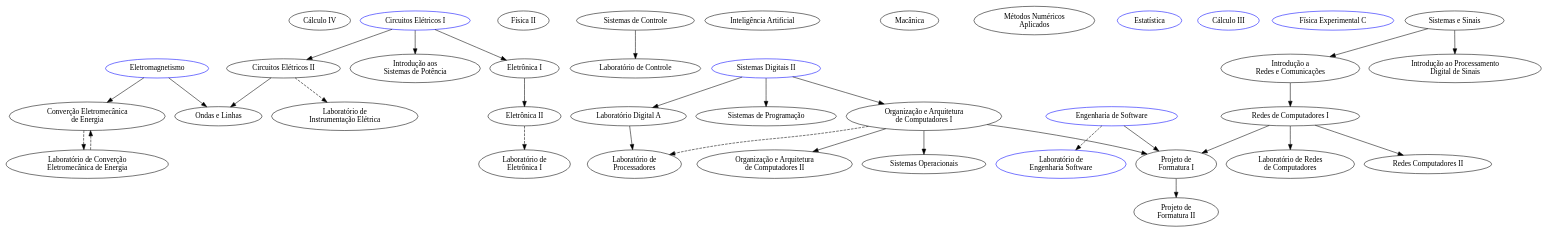
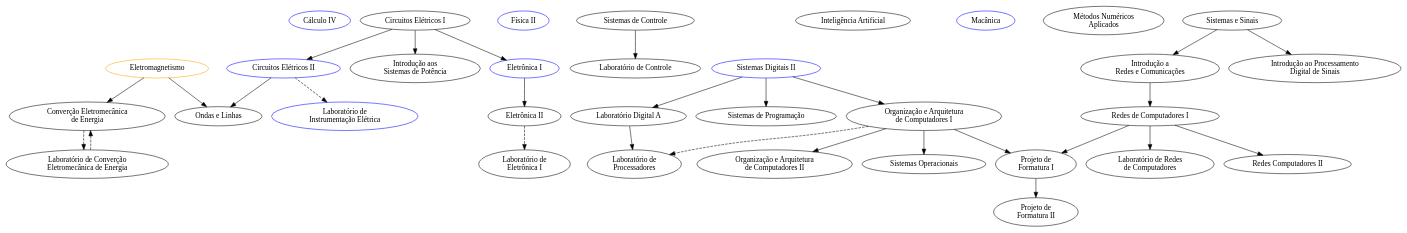
Before and after one commit to nmcardoso/poli: the diagram in materias/materias.gv, drawn with Graphviz. The commit also changed 1 other file, not shown here.

```diff
--- a/materias/materias.gv
+++ b/materias/materias.gv
@@ -1,101 +1,94 @@
 digraph g {
 	# 2021/02
-	MAT2456 [label="Cálculo IV"];
-	PSI3213 [label="Circuitos Elétricos II"];
-	PSI3214 [label="Laboratório de \n Instrumentação Elétrica"];
-	4323102 [label="Física II"];
+	MAT2456 [label="Cálculo IV", color="blue"];
+	PSI3213 [label="Circuitos Elétricos II", color="blue"];
+	PSI3214 [label="Laboratório de \n Instrumentação Elétrica", color="blue"];
+	4323102 [label="Física II", color="blue"];
 	PTC3313 [label="Sistemas de Controle"];
 	PCS3438 [label="Inteligência Artificial"];
-	PME3100 [label="Macânica"];
+	PME3100 [label="Macânica", color="blue"];
 	
 	
 	# 2022/01
 	MAP3121 [label="Métodos Numéricos\n Aplicados"];
 
 
 	# 2021/01
-	PRO3200 [label="Estatística", color="blue"];
-	MAT2455 [label="Cálculo III", color="blue"];
-	PSI3211 [label="Circuitos Elétricos I", color="blue"];
-	PTC3213 [label="Eletromagnetismo", color="blue"];
-	4323301 [label="Física Experimental C", color="blue"];
+	PSI3211 [label="Circuitos Elétricos I"];
+	PTC3213 [label="Eletromagnetismo", color="orange"];
 	PCS3225 [label="Sistemas Digitais II", color="blue"];
-	PCS3413 [label="Engenharia de Software", color="blue"];
-	PCS3443 [label="Laboratório de\n Engenharia Software", color="blue"];
 	
 	
 	# 2022/01
 	PEA3301 [label="Introdução aos\n Sistemas de Potência"];
 	PCS3412 [label="Organização e Arquitetura\n de Computadores I"];
 	PCS3335 [label="Laboratório Digital A"];
-	PSI3321 [label="Eletrônica I"];
+	PSI3321 [label="Eletrônica I", color="blue"];
 	PTC3307 [label="Sistemas e Sinais"];
 	PEA3306 [label="Converção Eletromecânica\n de Energia"];
 	PEA3311 [label="Laboratório de Converção\n Eletromecânica de Energia"];
 	
 	
 	# 2022/02
 	PSI3322 [label="Eletrônica II"];
 	PSI3323 [label="Laboratório de\n Eletrônica I"];
 	PTC3312 [label="Laboratório de Controle"];
 	PTC3314 [label="Ondas e Linhas"];
 	PTC3361 [label="Introdução ao Processamento\n Digital de Sinais"];
 	PTC3360 [label="Introdução a\n Redes e Comunicações"];
 	PCS3422 [label="Organização e Arquitetura\n de Computadores II"];
 	PCS3446 [label="Sistemas Operacionais"];
 	
 	
 	# 2023/01
 	PCS3216 [label="Sistemas de Programação"];
 	PCS3432 [label="Laboratório de\n Processadores"];
 	PCS3414 [label="Redes de Computadores I"];
 	PCS3434 [label="Laboratório de Redes\n de Computadores"];
 	PCS3550 [label="Projeto de\n Formatura I"];
 	#M1 [label="Módulo I"];
 	#M2 [label="Módulo II"];
 	#M3 [label="Módulo III"];
 	#PCS3567 [label="Estágio Supervisionado"];
 	
 	
 	# 2023/02
 	PCS3424 [label="Redes Computadores II"];
 	PCS3560 [label="Projeto de\n Formatura II"];
 	#M4 [label="Módulo IV"];
 	#M5 [label="Módulo V"];
 	#M6 [label="Módulo VI"];
 	#PCS3577 [label="Estágio Supervisionado II"];
 	
 	
 	
 	PSI3211 -> {PSI3213};
 	PSI3213 -> PSI3214 [style="dashed"];
-	PCS3413 -> PCS3443 [style="dashed"];
 	
 	PCS3225 -> PCS3412;
 	PCS3225 -> PCS3335;
 	PSI3211 -> PSI3321;
 	PTC3213 -> PEA3306;
 	PEA3311 -> PEA3306 [style="dashed"];
 	PEA3306 -> PEA3311 [style="dashed"];
 	
 	PSI3211 -> PEA3301;
 	PSI3321 -> PSI3322;
 	PSI3322 -> PSI3323[style="dashed"];
 	PTC3313 -> PTC3312;
 	{PSI3213, PTC3213} -> PTC3314;
 	PTC3307 -> PTC3361;
 	PTC3307 -> PTC3360;
 	PCS3412 -> PCS3422;
 	PCS3412 -> PCS3446;
 	
 	PCS3225 -> PCS3216;
 	PCS3335 -> PCS3432;
 	PCS3412 -> PCS3432 [style="dashed"];
 	PTC3360 -> PCS3414;
 	PCS3414 -> PCS3434;
-	{PCS3414, PCS3413, PCS3412} -> PCS3550;
+	{PCS3414, PCS3412} -> PCS3550;
 	
 	PCS3414 -> PCS3424;
 	PCS3550 -> PCS3560;
-	
 }
```
